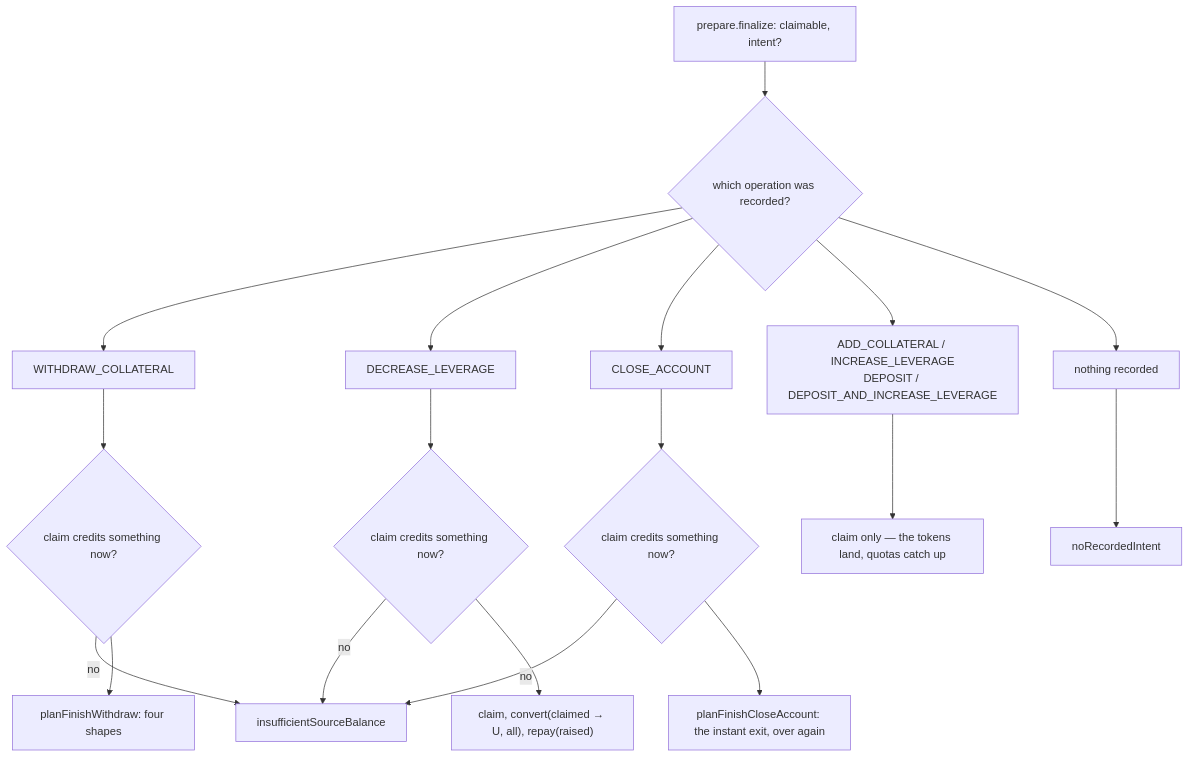
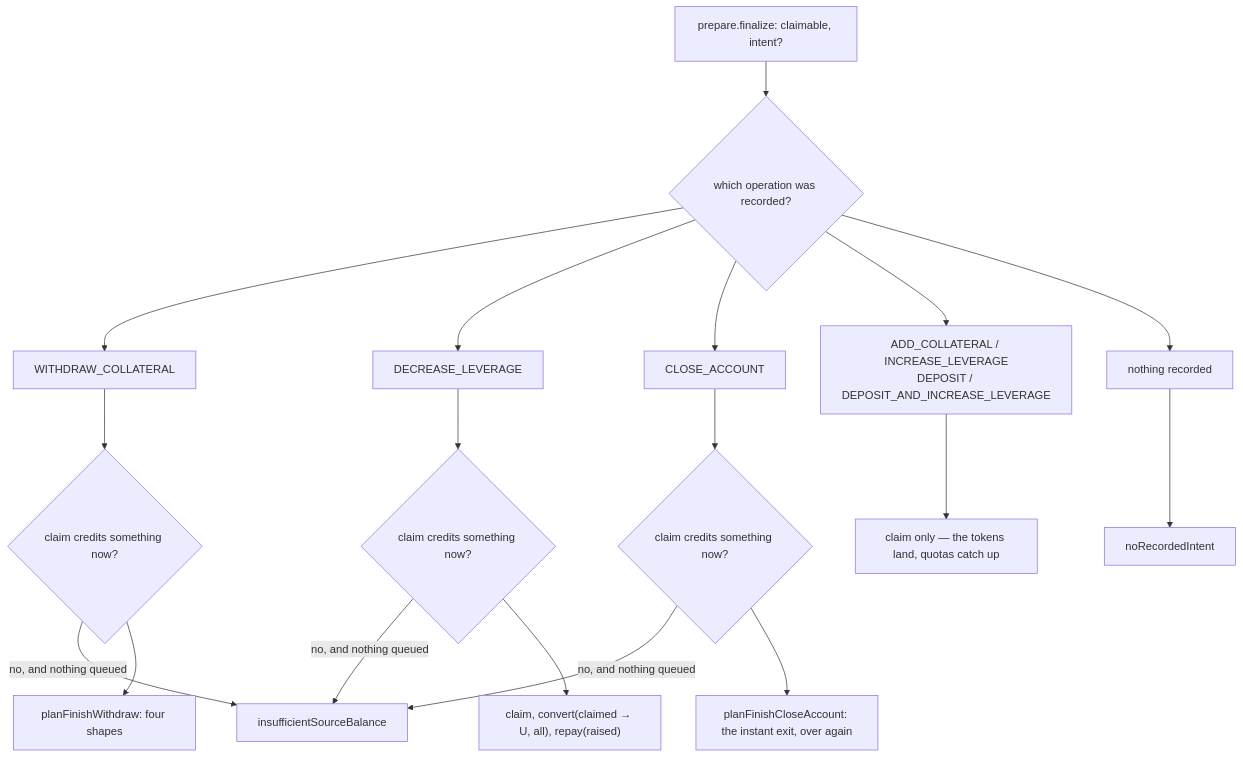
The fourth of 8 diagrams in docs/intents/delayed.md (Gearbox-protocol/sdk), drawn with Mermaid before and after one commit. The commit also changed other lines of this file and 13 other files, not shown here.

````diff
--- a/docs/intents/delayed.md
+++ b/docs/intents/delayed.md
@@ -122,28 +122,28 @@
 ```mermaid
 flowchart TD
   in["prepare.finalize: claimable, intent?"]
   rec{"which operation was recorded?"}
   w["WITHDRAW_COLLATERAL"]
   d["DECREASE_LEVERAGE"]
   x["CLOSE_ACCOUNT"]
   c["ADD_COLLATERAL / INCREASE_LEVERAGE<br/>DEPOSIT / DEPOSIT_AND_INCREASE_LEVERAGE"]
   n["nothing recorded"]
 
   in --> rec
   rec --> w
   rec --> d
   rec --> x
   rec --> c
   rec --> n
   n --> e1["noRecordedIntent"]
   w --> wq{"claim credits something now?"}
   d --> dq{"claim credits something now?"}
   x --> xq{"claim credits something now?"}
-  wq -->|"no"| e2["insufficientSourceBalance"]
-  dq -->|"no"| e2
-  xq -->|"no"| e2
+  wq -->|"no, and nothing queued"| e2["insufficientSourceBalance"]
+  dq -->|"no, and nothing queued"| e2
+  xq -->|"no, and nothing queued"| e2
   wq --> wp["planFinishWithdraw: four shapes"]
   dq --> dp["claim, convert(claimed → U, all), repay(raised)"]
   xq --> xp["planFinishCloseAccount: the instant exit, over again"]
   c --> cp["claim only — the tokens land, quotas catch up"]
 ```
````
